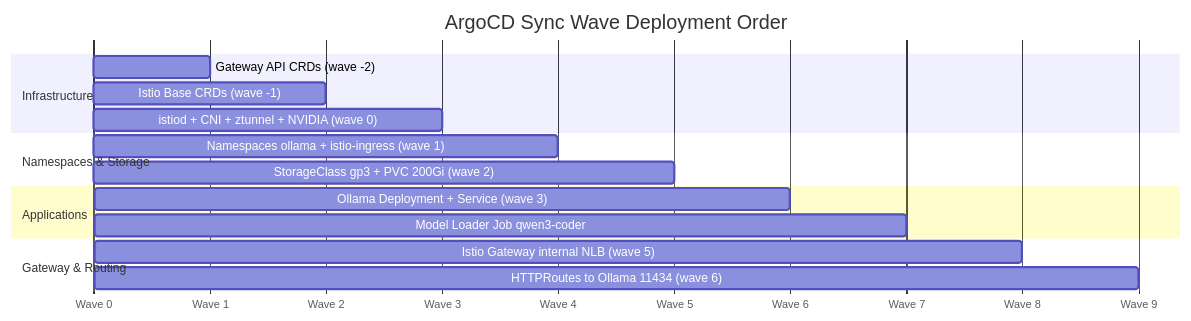
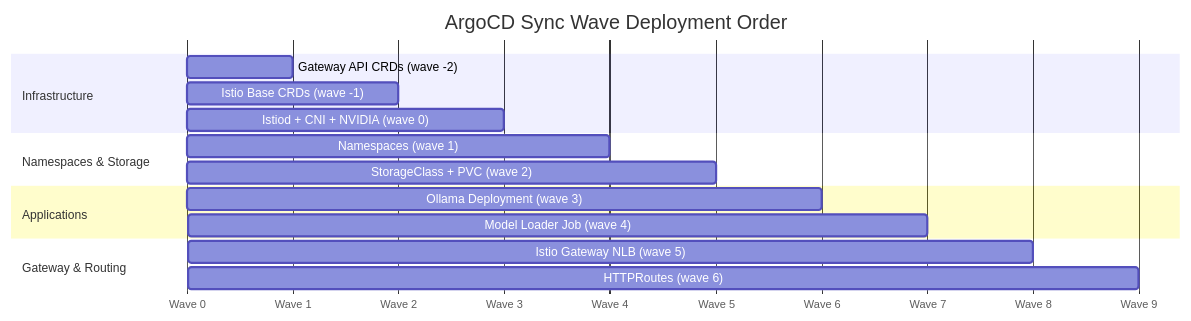
Before and after one commit to shanaka-versent/Ollama-on-EKS: the third of 4 diagrams in README.md, drawn with Mermaid.

Commit message:
docs: fix text overlap in Sync Wave Ordering gantt chart

````diff
--- a/README.md
+++ b/README.md
@@ -473,23 +473,24 @@
 ```mermaid
+%%{init: {'theme': 'default', 'gantt': {'leftPadding': 160}}}%%
 gantt
     title ArgoCD Sync Wave Deployment Order
     dateFormat X
     axisFormat Wave %s
 
     section Infrastructure
-    Gateway API CRDs (wave -2)                :a1, 0, 1
-    Istio Base CRDs (wave -1)                 :a2, 1, 2
-    istiod + CNI + ztunnel + NVIDIA (wave 0)  :a3, 2, 3
+    Gateway API CRDs (wave -2)     :a1, 0, 1
+    Istio Base CRDs (wave -1)      :a2, 1, 2
+    Istiod + CNI + NVIDIA (wave 0) :a3, 2, 3
 
     section Namespaces & Storage
-    Namespaces ollama + istio-ingress (wave 1) :b1, 3, 4
-    StorageClass gp3 + PVC 200Gi (wave 2)     :b2, 4, 5
+    Namespaces (wave 1)            :b1, 3, 4
+    StorageClass + PVC (wave 2)    :b2, 4, 5
 
     section Applications
-    Ollama Deployment + Service (wave 3)       :c1, 5, 6
-    Model Loader Job qwen3-coder:30b (wave 4)  :c2, 6, 7
+    Ollama Deployment (wave 3)     :c1, 5, 6
+    Model Loader Job (wave 4)      :c2, 6, 7
 
     section Gateway & Routing
-    Istio Gateway internal NLB (wave 5)        :d1, 7, 8
-    HTTPRoutes to Ollama 11434 (wave 6)        :d2, 8, 9
+    Istio Gateway NLB (wave 5)     :d1, 7, 8
+    HTTPRoutes (wave 6)            :d2, 8, 9
 ```
````
